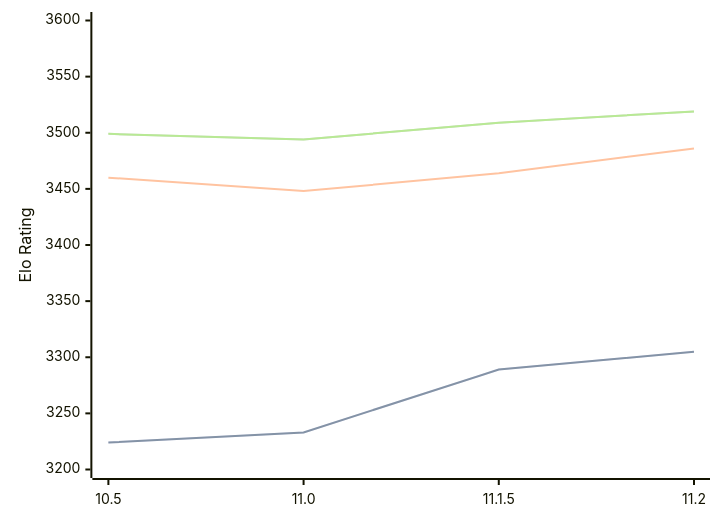
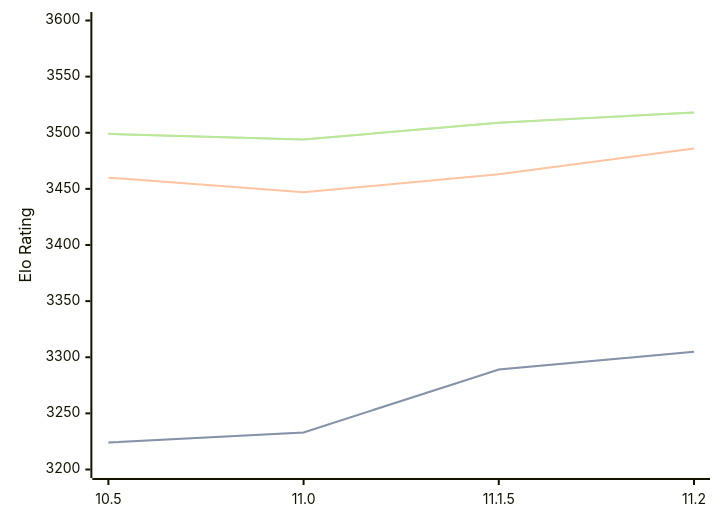
One commit to computer-chess-index/cci changed the diagram in engines/Lizard.md. Above: the diagram before and after it, drawn with Mermaid. The commit also changed other lines of this file, not shown here.

Commit message:
Update CCI Ratings (ELO VLTC) - 2026-09-03

````diff
--- a/engines/Lizard.md
+++ b/engines/Lizard.md
@@ -34,11 +34,11 @@
 ```mermaid
 %%{init: {"theme":"base","themeVariables":{"seriesColors:['#a3a3a3','#222221','#faa371']}}}%%
 xychart-beta
   x-axis ["10.5", "11.0", "11.1.5", "11.2"]
   y-axis "Elo Rating" 3200 --> 3600
   line "" [3224, 3233, 3289, 3305]
   line "STC (8.0+0.08s)" [3224, 3233, 3289, 3305]
-  line "LTC (60.0+0.60s)" [3460, 3448, 3464, 3486]
-  line "" [3499, 3494, 3509, 3519]
-  line "VLTC (2m24s+1.12s)" [3499, 3494, 3509, 3519]
+  line "LTC (60.0+0.60s)" [3460, 3447, 3463, 3486]
+  line "" [3499, 3494, 3509, 3518]
+  line "VLTC (2m24s+1.12s)" [3499, 3494, 3509, 3518]
 ```
````
